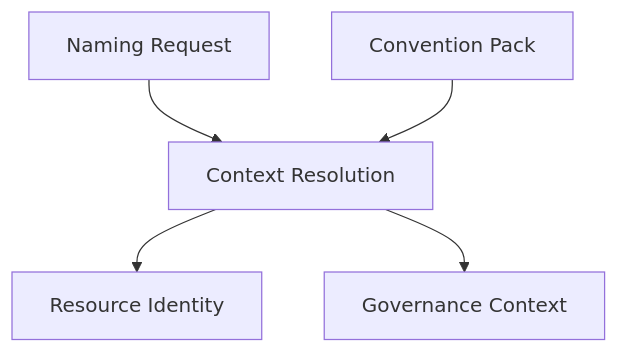
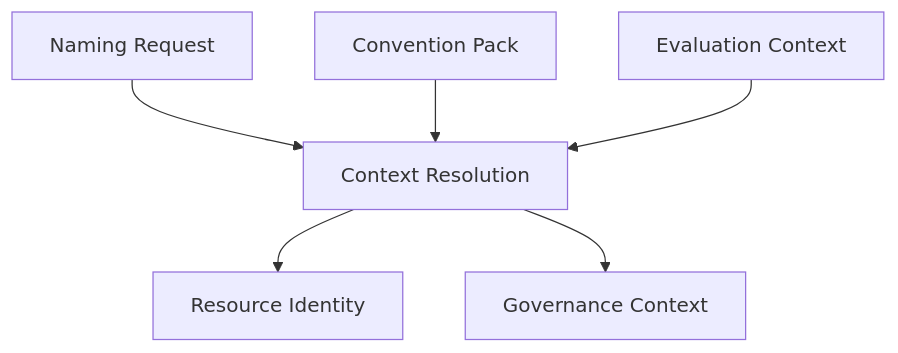
The diagram in specification/context-resolution.md (lksnext/iac-resource-conventions), drawn with Mermaid before and after one commit. The commit also changed other lines of this file and 16 other files, not shown here.

````diff
--- a/specification/context-resolution.md
+++ b/specification/context-resolution.md
@@ -120,7 +337,8 @@
 ```mermaid
 flowchart TD
     NR["Naming Request"] --> CR["Context Resolution"]
     CP["Convention Pack"] --> CR
+    EC["Evaluation Context"] --> CR
     CR --> RI["Resource Identity"]
     CR --> GC["Governance Context"]
 ```
````
